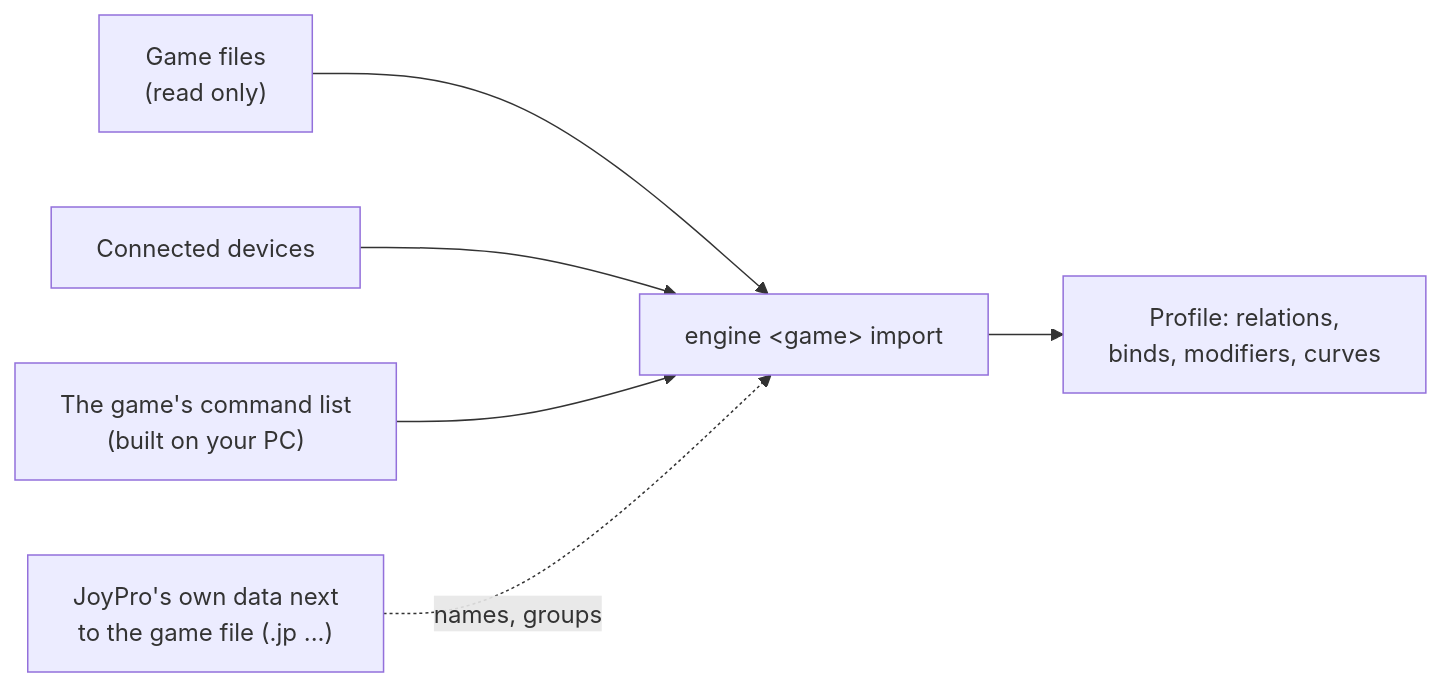
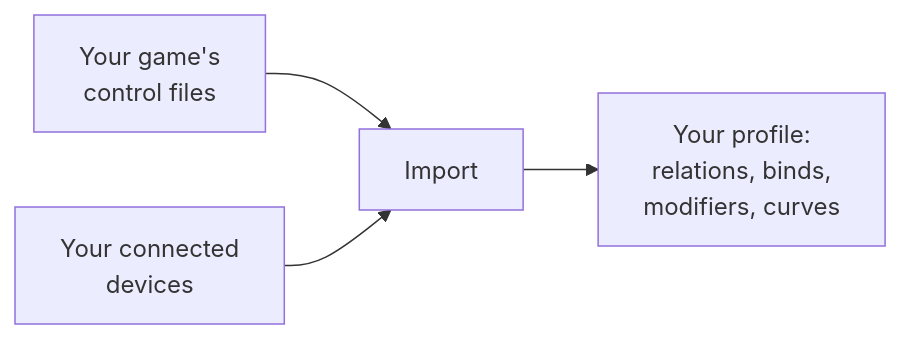
One commit to Holdi601/JoystickProfiler2 changed the diagram in website/content/flows/import.md. Above: the diagram before and after it, drawn with Mermaid. The commit also changed other lines of this file and 718 other files, not shown here.

Commit message:
JoyPro2 2.7.0

````diff
--- a/website/content/flows/import.md
+++ b/website/content/flows/import.md
@@ -14,8 +14,7 @@
 ```mermaid
+%% caption: Import only reads. The game keeps its binds exactly as they are.
 flowchart LR
-  G["Game files<br/>(read only)"] --> S["engine &lt;game&gt; import"]
-  D["Connected devices"] --> S
-  L["The game's command list<br/>(built on your PC)"] --> S
-  S --> P["Profile: relations,<br/>binds, modifiers, curves"]
-  M["JoyPro's own data next<br/>to the game file (.jp ...)"] -. names, groups .-> S
+  G["Your game's<br/>control files"] --> I["Import"]
+  D["Your connected<br/>devices"] --> I
+  I --> P["Your profile:<br/>relations, binds,<br/>modifiers, curves"]
 ```
````
